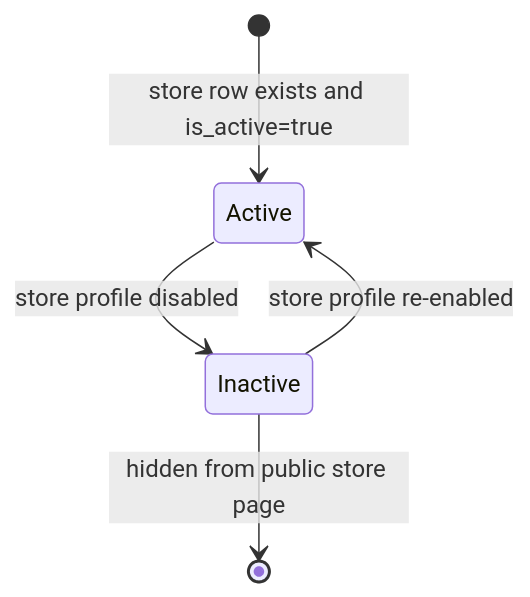
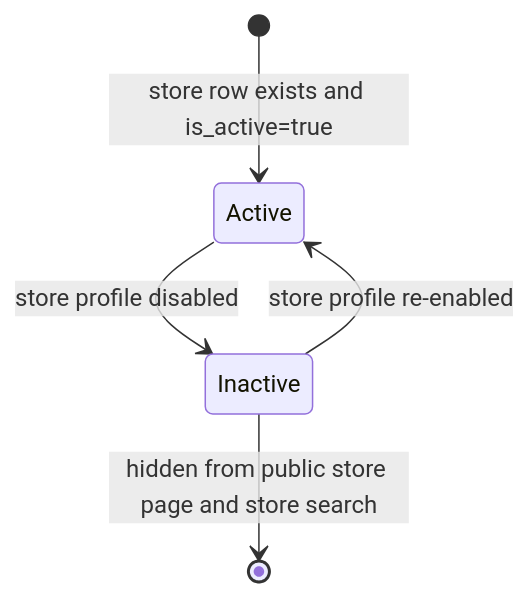
One commit to mohammadAlhajeen/bun_commerce-public changed the seventh of 8 diagrams in documentation/12-seller-store-uml.md. Above: the diagram before and after it, drawn with Mermaid. The commit also changed other lines of this file and 29 other files, not shown here.

````diff
--- a/documentation/12-seller-store-uml.md
+++ b/documentation/12-seller-store-uml.md
@@ -259,7 +278,7 @@
 ```mermaid
 stateDiagram-v2
     [*] --> Active : store row exists and is_active=true
     Active --> Inactive : store profile disabled
     Inactive --> Active : store profile re-enabled
-    Inactive --> [*] : hidden from public store page
+    Inactive --> [*] : hidden from public store page and store search
 ```
````
